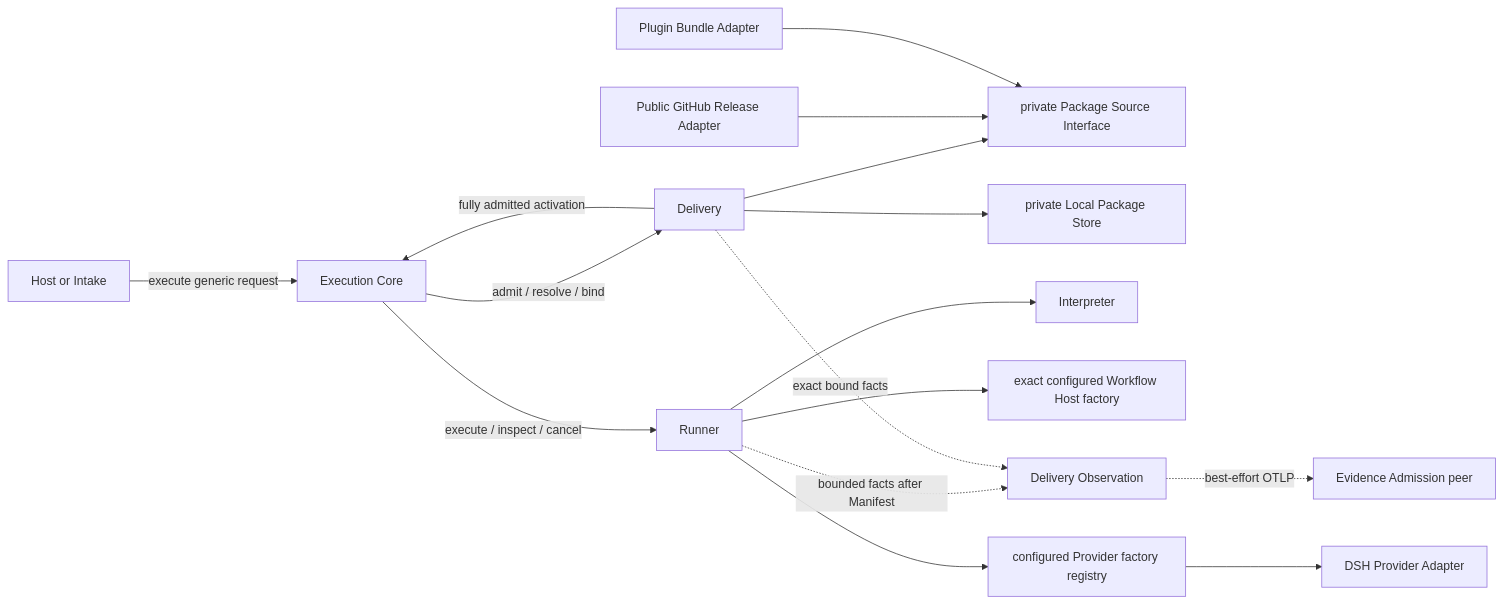
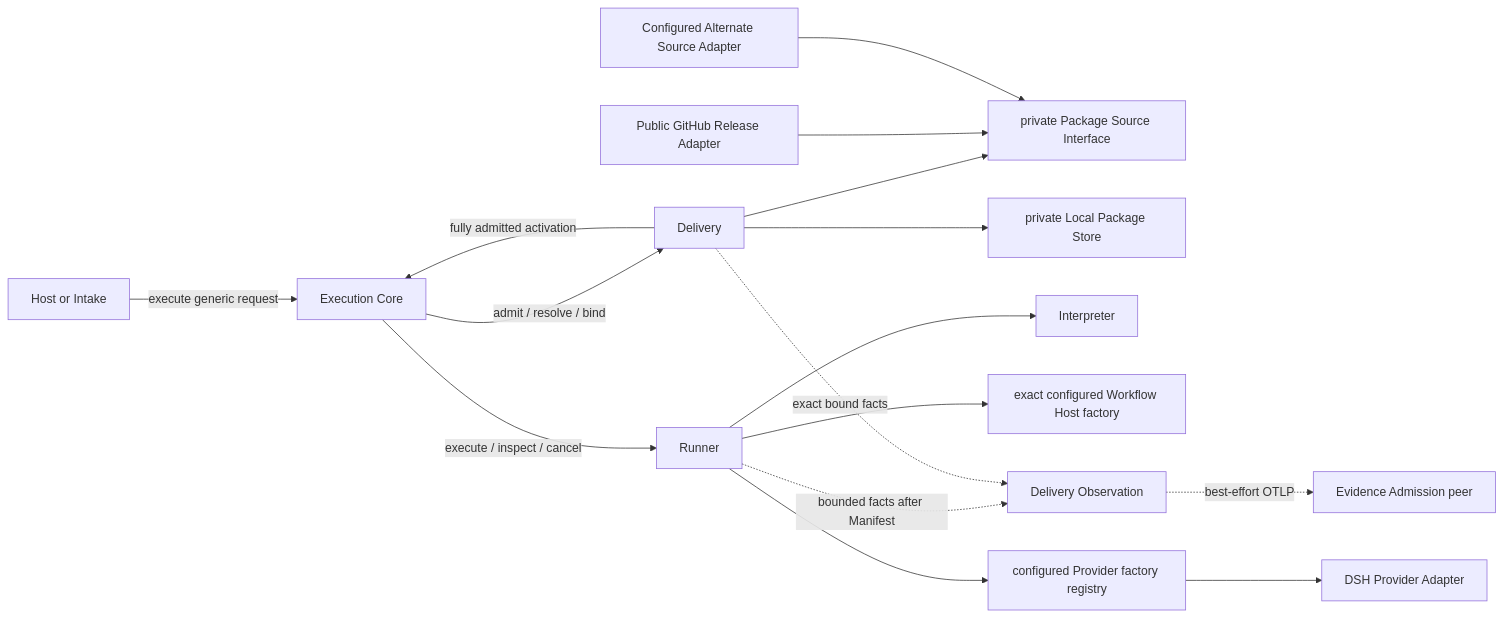
One commit to firestige/workflow-self-recursive changed the first of 4 diagrams in docs/systems/execution/project-execution-system.md. Above: the diagram before and after it, drawn with Mermaid. The commit also changed other lines of this file and 5 other files, not shown here.

````diff
--- a/docs/systems/execution/project-execution-system.md
+++ b/docs/systems/execution/project-execution-system.md
@@ -118,18 +118,18 @@
 ```mermaid
 flowchart LR
     Host[Host or Intake] -->|execute generic request| Core[Execution Core]
     Core -->|admit / resolve / bind| M01[Delivery]
     M01 --> Source[private Package Source Interface]
     GitHub[Public GitHub Release Adapter] --> Source
-    Bundle[Plugin Bundle Adapter] --> Source
+    Alternate[Configured Alternate Source Adapter] --> Source
     M01 --> Store[private Local Package Store]
     M01 -->|fully admitted activation| Core
     Core -->|execute / inspect / cancel| M02[Runner]
     M02 --> Interpreter[Interpreter]
     M02 --> HostAdapter[exact configured Workflow Host factory]
     M02 --> ProviderRegistry[configured Provider factory registry]
     ProviderRegistry --> DSH[DSH Provider Adapter]
     M02 -. bounded facts after Manifest .-> M03[Delivery Observation]
     M01 -. exact bound facts .-> M03
     M03 -. best-effort OTLP .-> Evidence[Evidence Admission peer]
 ```
````
